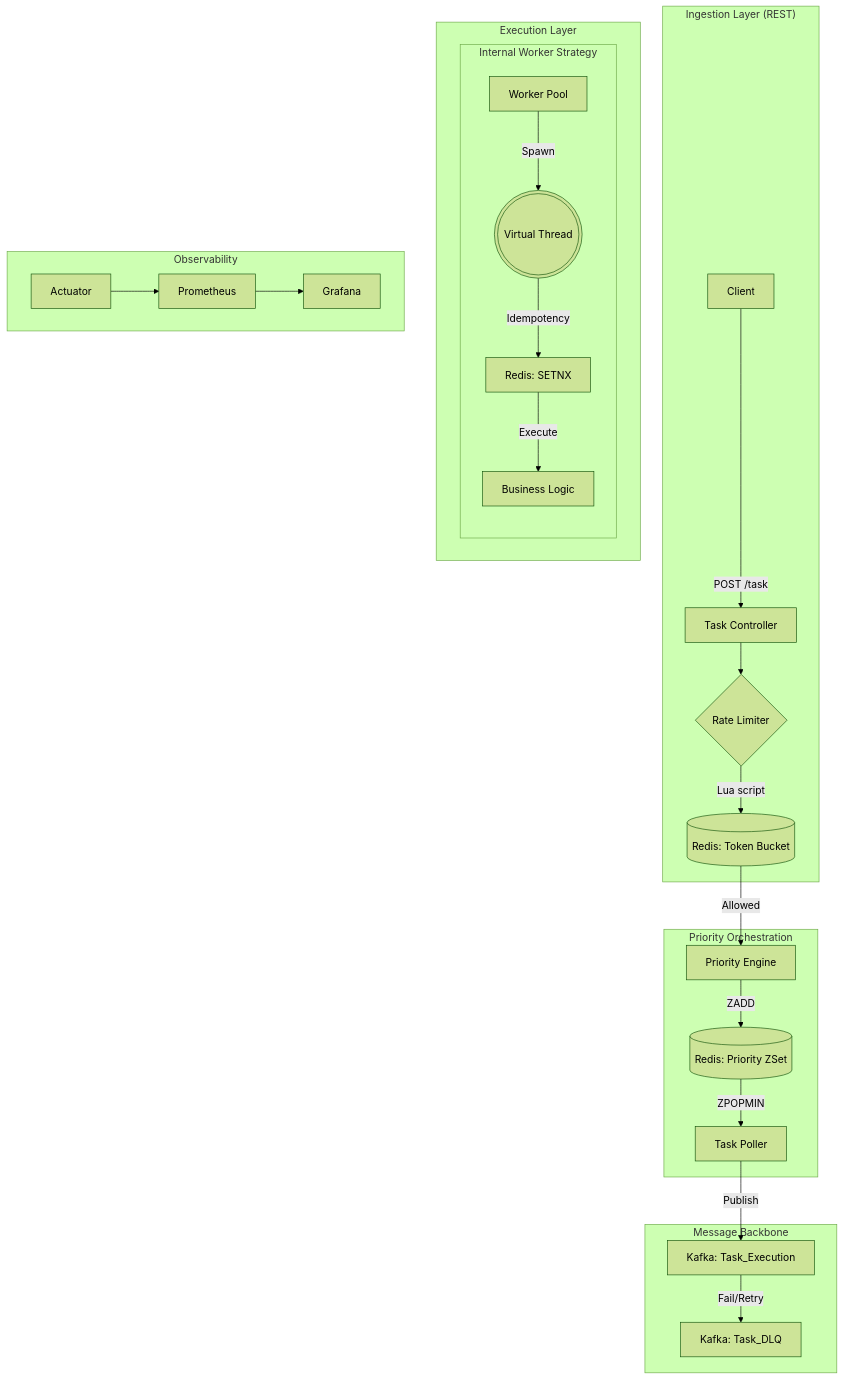
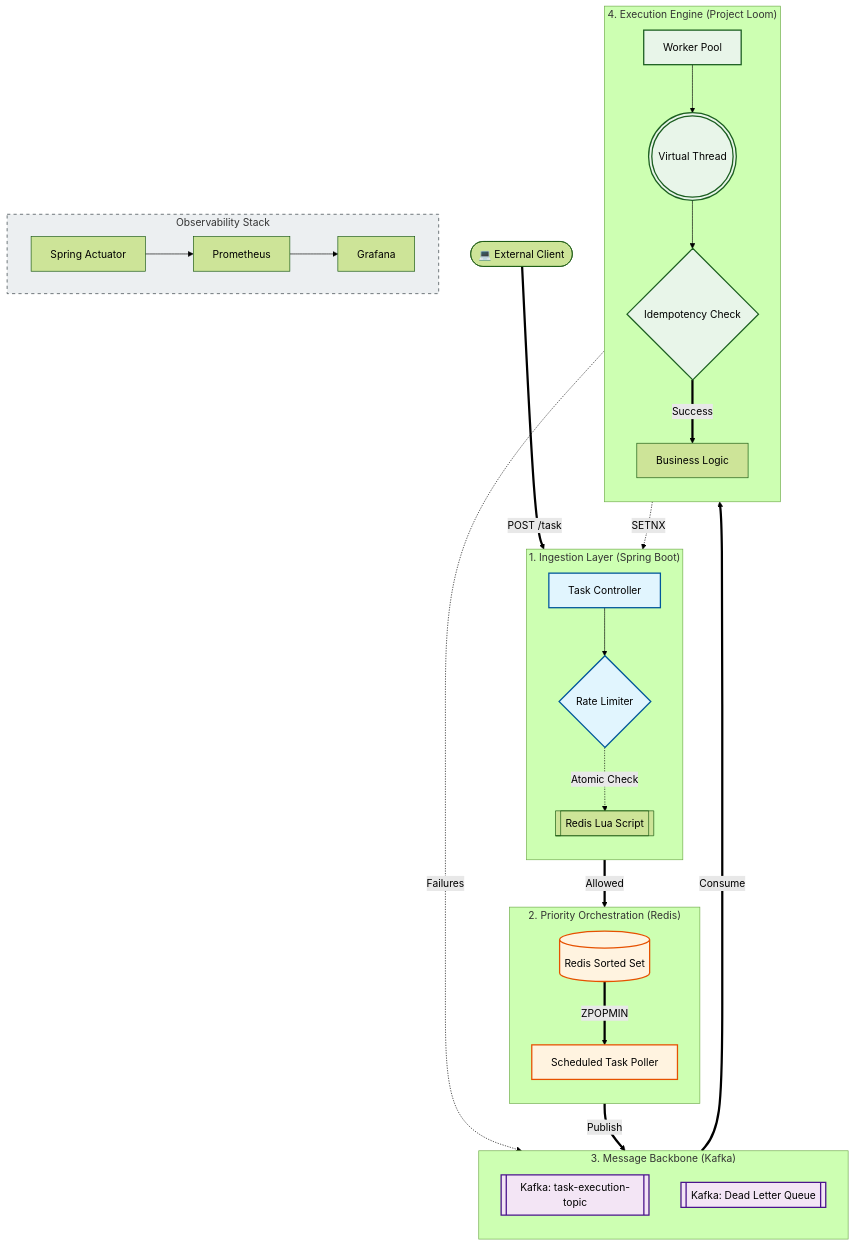
One commit to 0xSaksham/loomLanes-engine changed the diagram in README.md. Above: the diagram before and after it, drawn with Mermaid (forest theme).

Commit message:
README update

````diff
--- a/README.md
+++ b/README.md
@@ -15,33 +15,66 @@
 ```mermaid
-graph TD
-    subgraph "Ingestion Layer (REST)"
-        A[Client] -->|POST /task| B[Task Controller]
-        B --> C{Rate Limiter}
-        C -->|Lua script| D[(Redis: Token Bucket)]
+flowchart TD
+    %% Node Definitions
+    Client([💻 External Client])
+    
+    subgraph Ingestion_Layer ["1. Ingestion Layer (Spring Boot)"]
+        direction TB
+        Controller[Task Controller]
+        Limiter{Rate Limiter}
+        LuaScript[[Redis Lua Script]]
     end
 
-    subgraph "Priority Orchestration"
-        D -->|Allowed| E[Priority Engine]
-        E -->|ZADD| F[(Redis: Priority ZSet)]
-        F -->|ZPOPMIN| G[Task Poller]
+    subgraph Priority_Orchestration ["2. Priority Orchestration (Redis)"]
+        direction TB
+        P_Queue[(Redis Sorted Set)]
+        Poller[Scheduled Task Poller]
     end
 
-    subgraph "Message Backbone"
-        G -->|Publish| H[Kafka: Task_Execution]
-        H -->|Fail/Retry| I[Kafka: Task_DLQ]
+    subgraph Message_Backbone ["3. Message Backbone (Kafka)"]
+        direction TB
+        KafkaTopic[[Kafka: task-execution-topic]]
+        DLQ[[Kafka: Dead Letter Queue]]
     end
 
-    subgraph "Execution Layer"
-        J[Worker Pool]
-        subgraph "Internal Worker Strategy"
-            J -->|Spawn| K(((Virtual Thread)))
-            K -->|Idempotency| L[Redis: SETNX]
-            L -->|Execute| M[Business Logic]
-        end
+    subgraph Execution_Engine ["4. Execution Engine (Project Loom)"]
+        direction TB
+        Workers[Worker Pool]
+        VThread(((Virtual Thread)))
+        Idempotency{Idempotency Check}
+        Logic[Business Logic]
     end
 
-    subgraph "Observability"
-        N[Actuator] --> O[Prometheus]
-        O --> P[Grafana]
+    subgraph Monitoring ["Observability Stack"]
+        Actuator[Spring Actuator] --> Prom[Prometheus] --> Graf[Grafana]
     end
+
+    %% Flow Connections
+    Client ==>|POST /task| Controller
+    Controller --> Limiter
+    Limiter -.->|Atomic Check| LuaScript
+    Limiter ==>|Allowed| P_Queue
+    
+    P_Queue ==>|ZPOPMIN| Poller
+    Poller ==>|Publish| KafkaTopic
+    
+    KafkaTopic ==>|Consume| Workers
+    Workers --> VThread
+    VThread --> Idempotency
+    Idempotency -.->|SETNX| LuaScript
+    Idempotency ==>|Success| Logic
+    
+    Logic -.->|Failures| DLQ
+
+    %% Styling
+    classDef ingestion fill:#e1f5fe,stroke:#01579b,stroke-width:2px;
+    classDef priority fill:#fff3e0,stroke:#e65100,stroke-width:2px;
+    classDef message fill:#f3e5f5,stroke:#4a148c,stroke-width:2px;
+    classDef execution fill:#e8f5e9,stroke:#1b5e20,stroke-width:2px;
+    classDef monitoring fill:#eceff1,stroke:#263238,stroke-width:1px,stroke-dasharray: 5 5;
+
+    class Controller,Limiter ingestion;
+    class P_Queue,Poller priority;
+    class KafkaTopic,DLQ message;
+    class Workers,VThread,Idempotency execution;
+    class Monitoring monitoring;
 ```
````
